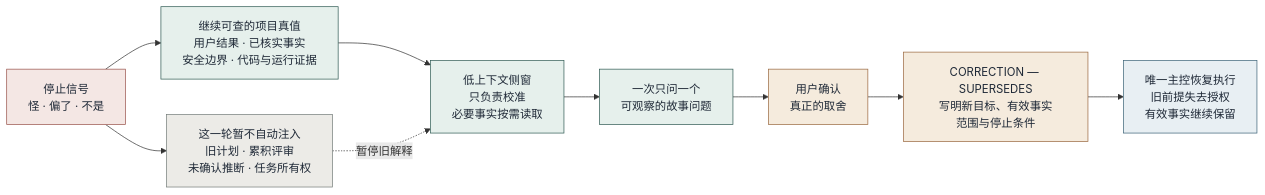
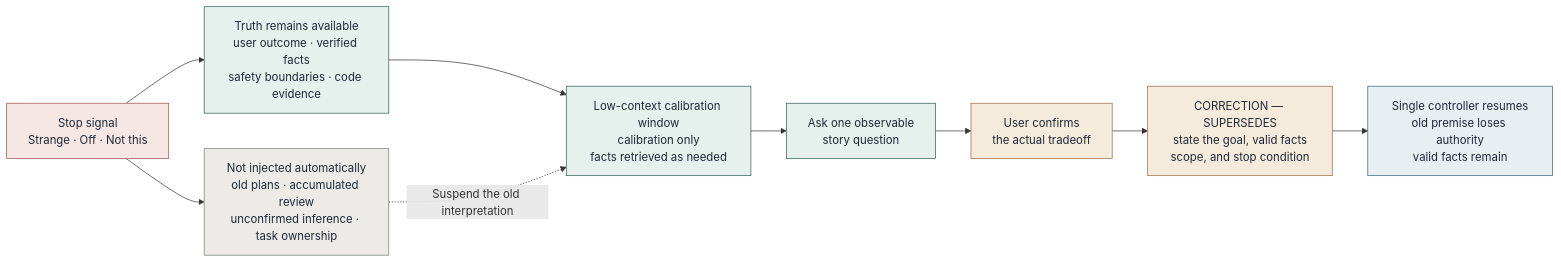
Before and after one commit to pengpengkuku/agent-harness-diary: the second of 2 diagrams in entries/2026-08-18-agent-goal-recalibration.md, drawn with Mermaid. The commit also changed other lines of this file and 1 other file, not shown here.

````diff
--- a/entries/2026-08-18-agent-goal-recalibration.md
+++ b/entries/2026-08-18-agent-goal-recalibration.md
@@ -96,23 +96,23 @@
 ```mermaid
 flowchart LR
-    T["停止信号<br/>怪 · 偏了 · 不是"] --> K["继续可查的项目真值<br/>用户结果 · 已核实事实<br/>安全边界 · 代码与运行证据"]
-    T --> X["这一轮暂不自动注入<br/>旧计划 · 累积评审<br/>未确认推断 · 任务所有权"]
+    T["Stop signal<br/>Strange · Off · Not this"] --> K["Truth remains available<br/>user outcome · verified facts<br/>safety boundaries · code evidence"]
+    T --> X["Not injected automatically<br/>old plans · accumulated review<br/>unconfirmed inference · task ownership"]
 
-    K --> W["低上下文侧窗<br/>只负责校准<br/>必要事实按需读取"]
-    X -. "暂停旧解释" .-> W
-    W --> Q["一次只问一个<br/>可观察的故事问题"]
-    Q --> D["用户确认<br/>真正的取舍"]
-    D --> C["CORRECTION — SUPERSEDES<br/>写明新目标、有效事实<br/>范围与停止条件"]
-    C --> M["唯一主控恢复执行<br/>旧前提失去授权<br/>有效事实继续保留"]
+    K --> W["Low-context calibration window<br/>calibration only<br/>facts retrieved as needed"]
+    X -. "Suspend the old interpretation" .-> W
+    W --> Q["Ask one observable<br/>story question"]
+    Q --> D["User confirms<br/>the actual tradeoff"]
+    D --> C["CORRECTION — SUPERSEDES<br/>state the goal, valid facts<br/>scope, and stop condition"]
+    C --> M["Single controller resumes<br/>old premise loses authority<br/>valid facts remain"]
 
     classDef truth fill:#e6f0ec,stroke:#315c55,color:#1f2937;
     classDef suspended fill:#ecebe7,stroke:#757d7a,color:#1f2937;
     classDef correction fill:#f5ebdd,stroke:#9b6941,color:#1f2937;
     classDef execution fill:#e8eff3,stroke:#3d6478,color:#1f2937;
     classDef warning fill:#f4e7e4,stroke:#9a554d,color:#1f2937;
     class K,W,Q truth;
     class X suspended;
     class D,C correction;
     class M execution;
     class T warning;
 ```
````
